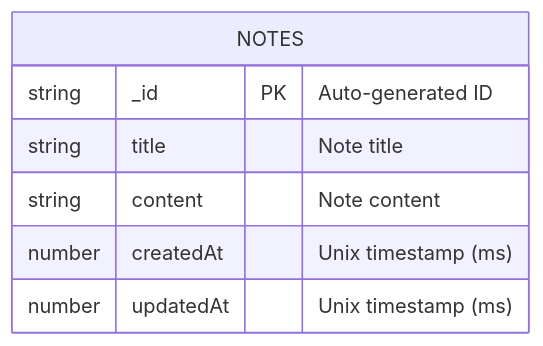
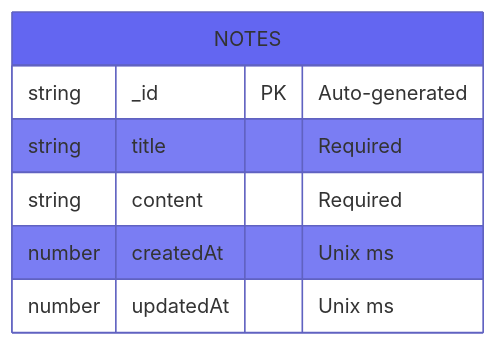
Before and after one commit to sabry-awad97/convex-notes: the fifth of 5 diagrams in README.md, drawn with Mermaid. The commit also changed other lines of this file, not shown here.

````diff
--- a/README.md
+++ b/README.md
@@ -370,10 +405,12 @@
 ```mermaid
+%%{init: {'theme': 'base', 'themeVariables': { 'primaryColor': '#6366f1' }}}%%
+
 erDiagram
     NOTES {
-        string _id PK "Auto-generated ID"
-        string title "Note title"
-        string content "Note content"
-        number createdAt "Unix timestamp (ms)"
-        number updatedAt "Unix timestamp (ms)"
+        string _id PK "Auto-generated"
+        string title "Required"
+        string content "Required"
+        number createdAt "Unix ms"
+        number updatedAt "Unix ms"
     }
 ```
````
